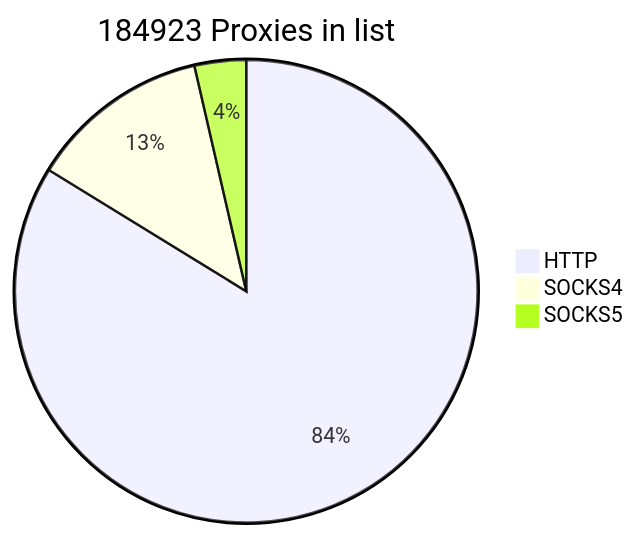
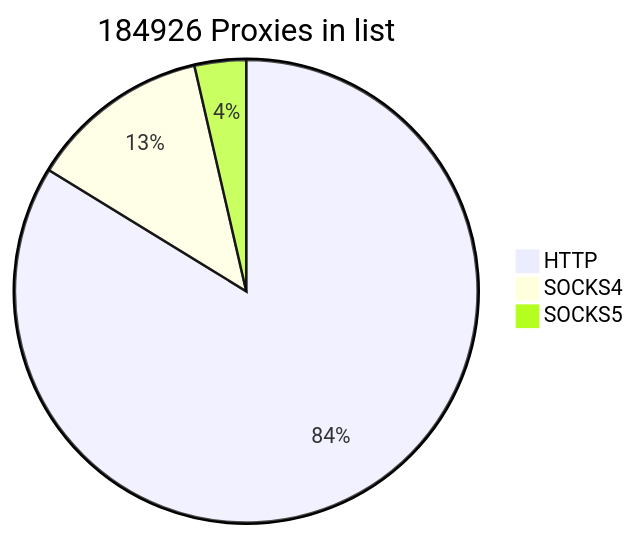
One commit to cutipu/proxylist changed the first of 2 diagrams in README.md. Above: the diagram before and after it, drawn with Mermaid. The commit also changed other lines of this file, not shown here.

````diff
--- a/README.md
+++ b/README.md
@@ -2,7 +2,7 @@
 ```mermaid
-pie title 184923 Proxies in list
+pie title 184926 Proxies in list
     "HTTP" : 154905
-    "SOCKS4" : 23365
+    "SOCKS4" : 23368
     "SOCKS5" : 6653
             
 ```
````
